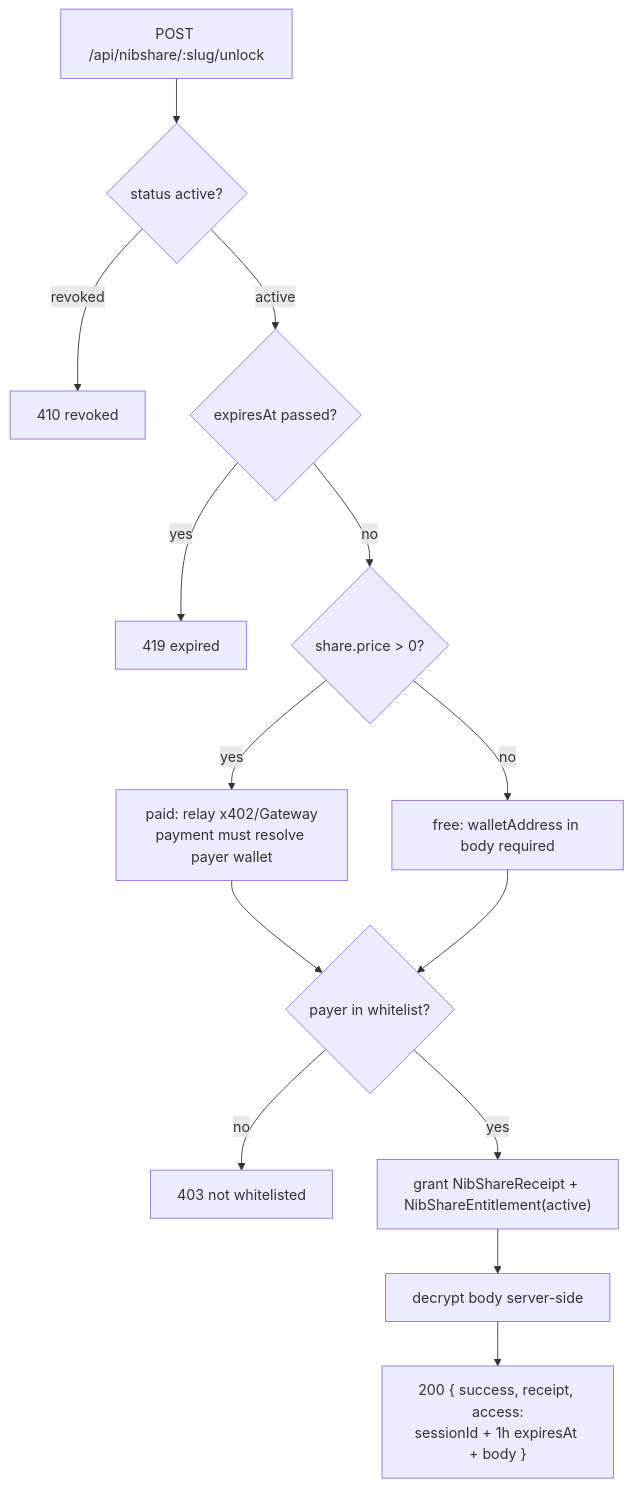
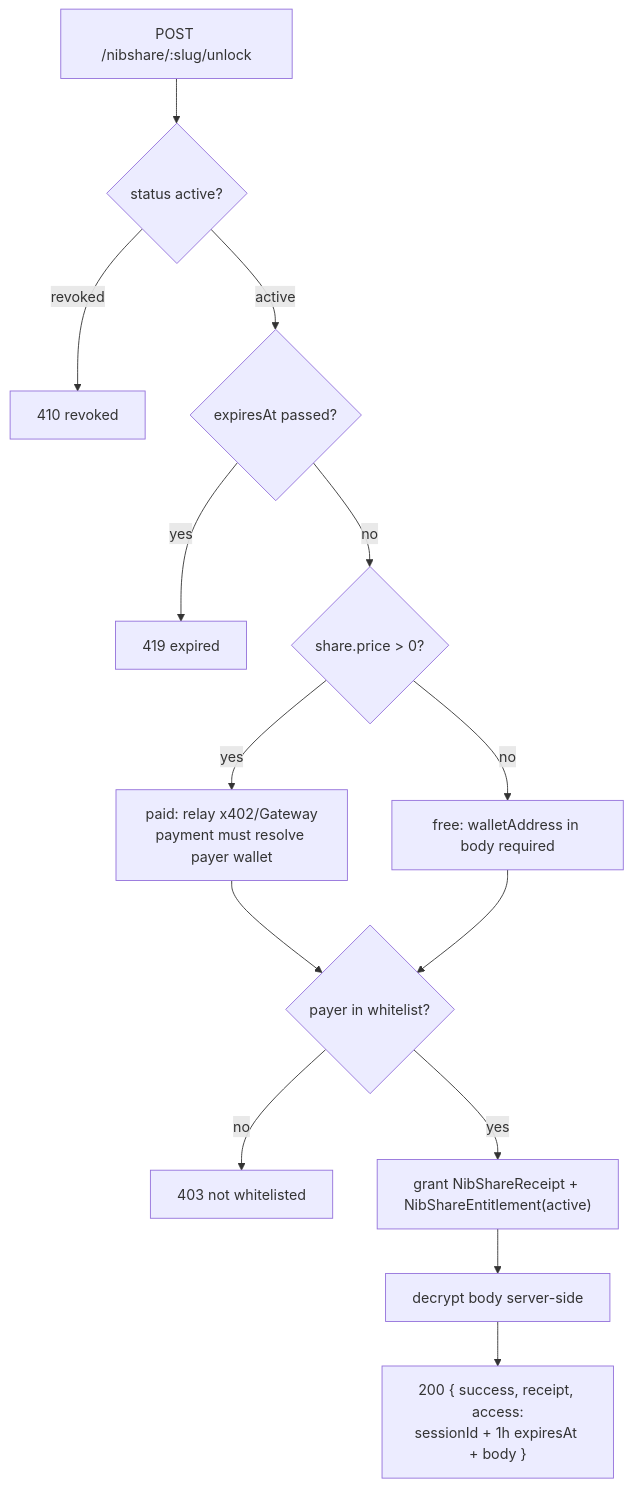
Before and after one commit to fortunesayspump/nibgate: the fifth of 6 diagrams in docs/src/app/nibshare/page.mdx, drawn with Mermaid. The commit also changed other lines of this file and 55 other files, not shown here.

````diff
--- a/docs/src/app/nibshare/page.mdx
+++ b/docs/src/app/nibshare/page.mdx
@@ -219,26 +219,26 @@
 ```mermaid
 flowchart TD
-    U["POST /api/nibshare/:slug/unlock"]
+    U["POST /nibshare/:slug/unlock"]
     S{"status active?"}
     R["410 revoked"]
     E{"expiresAt passed?"}
     X["419 expired"]
     P{"share.price > 0?"}
     PA["paid: relay x402/Gateway<br/>payment must resolve payer wallet"]
     PF["free: walletAddress in body required"]
     W{"payer in whitelist?"}
     WF["403 not whitelisted"]
     G["grant NibShareReceipt + NibShareEntitlement(active)"]
     D["decrypt body server-side"]
     OK["200 { success, receipt, access:<br/>sessionId + 1h expiresAt + body }"]
 
     U --> S
     S -- revoked --> R
     S -- active --> E
     E -- yes --> X
     E -- no --> P
     P -- yes --> PA --> W
     P -- no --> PF --> W
     W -- no --> WF
     W -- yes --> G --> D --> OK
 ```
````
